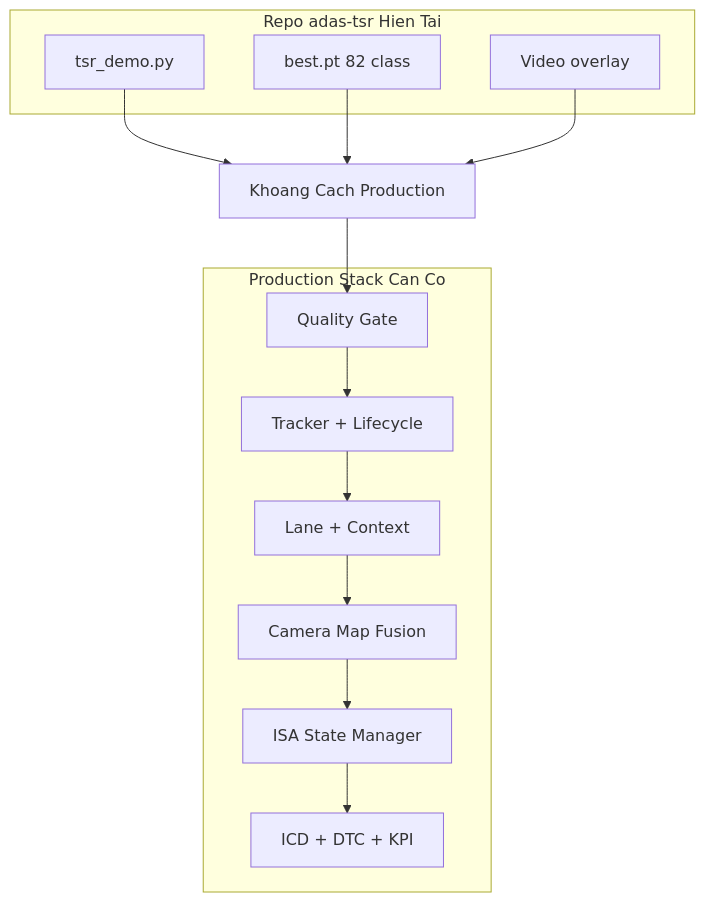
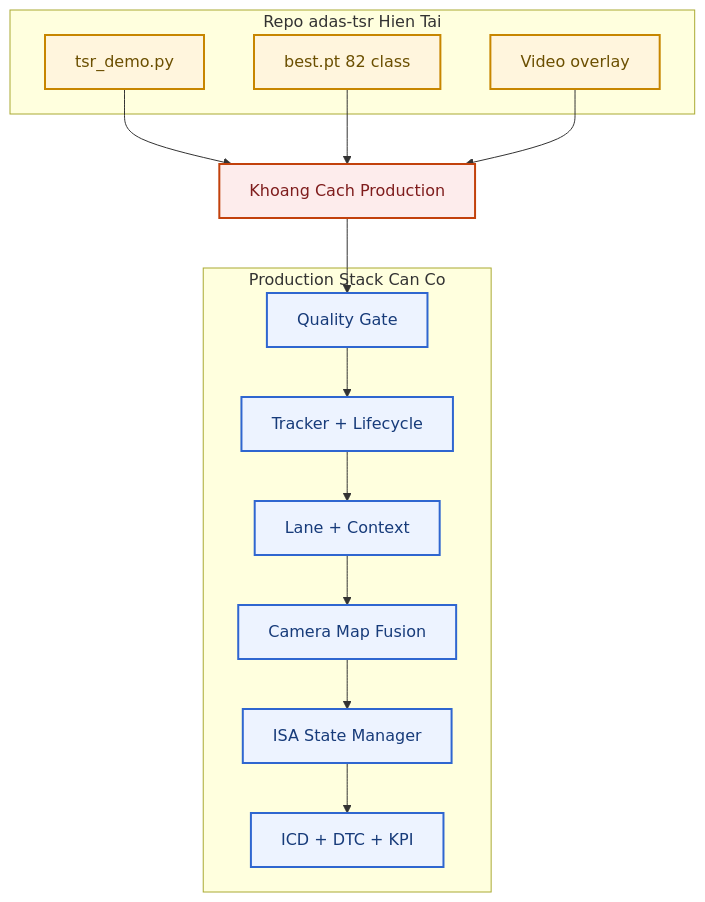
Diagram 11 of 11 in research/2.research_tsr_baseline_analysis.md (LeNguyenHaiDuong/adas-tsr), drawn with Mermaid before and after one commit. The commit also changed other lines of this file and 5 other files, not shown here.

Commit message:
Add mermaid color

````diff
--- a/research/2.research_tsr_baseline_analysis.md
+++ b/research/2.research_tsr_baseline_analysis.md
@@ -698,20 +789,27 @@
 ```mermaid
 flowchart TB
     subgraph repo [Repo adas-tsr Hien Tai]
         R1[tsr_demo.py]
         R2[best.pt 82 class]
         R3[Video overlay]
     end
     subgraph prod [Production Stack Can Co]
         P1[Quality Gate]
         P2[Tracker + Lifecycle]
         P3[Lane + Context]
         P4[Camera Map Fusion]
         P5[ISA State Manager]
         P6[ICD + DTC + KPI]
     end
     R1 --> GAP[Khoang Cach Production]
     R2 --> GAP
     R3 --> GAP
     GAP --> P1 --> P2 --> P3 --> P4 --> P5 --> P6
+
+    classDef baseline fill:#FFF5DD,stroke:#C78600,color:#6B4F00,stroke-width:2px;
+    classDef feature fill:#EDF3FF,stroke:#2F66D0,color:#173B7A,stroke-width:2px;
+    classDef risk fill:#FDECEC,stroke:#C2410C,color:#7F1D1D,stroke-width:2px;
+    class R1,R2,R3 baseline;
+    class P1,P2,P3,P4,P5,P6 feature;
+    class GAP risk;
 ```
````
